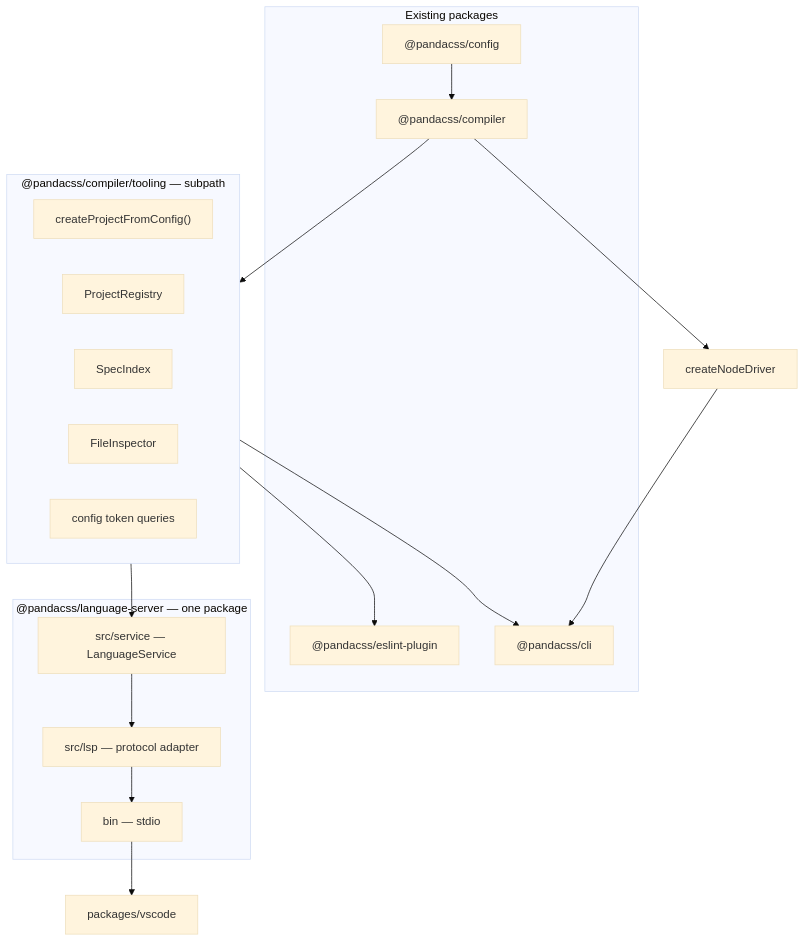
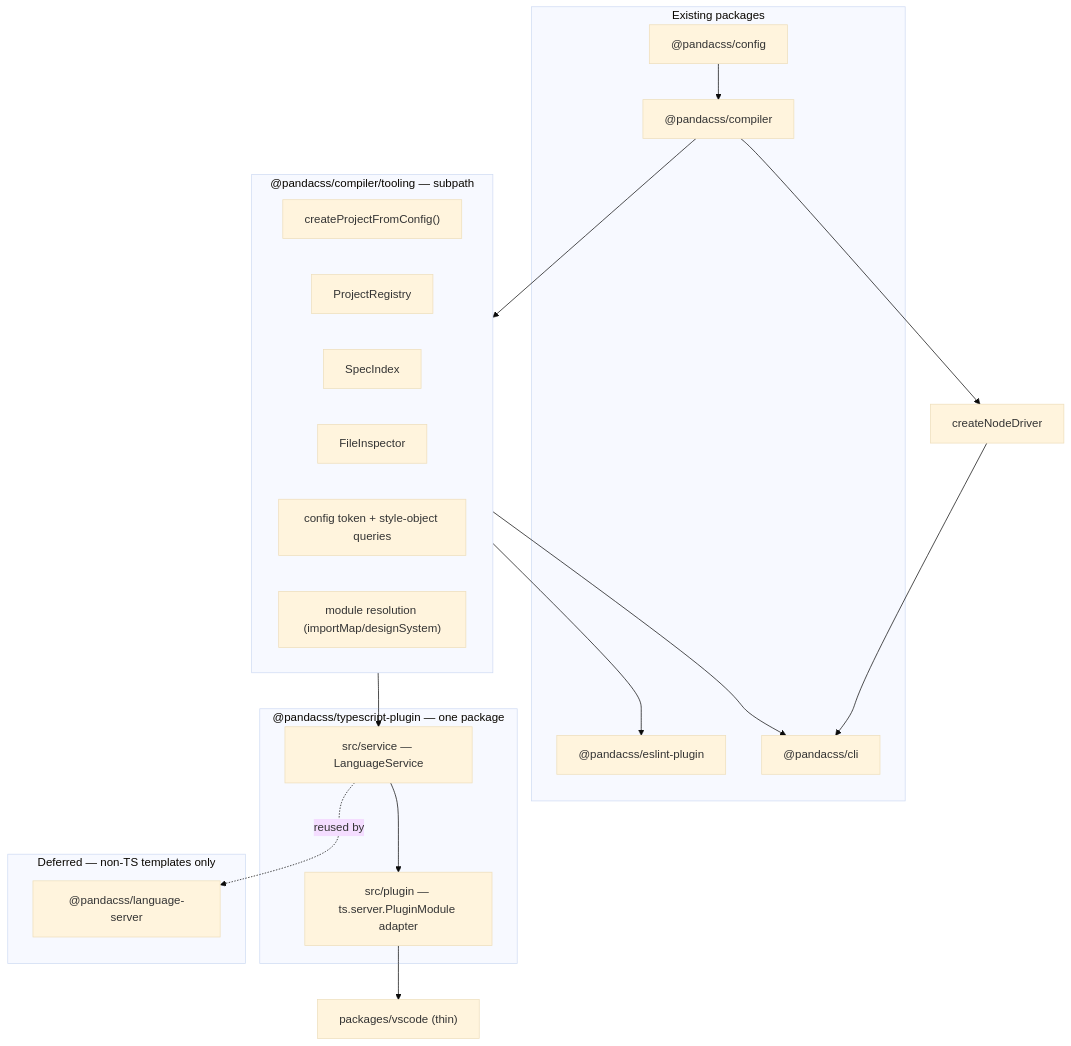
Before and after one commit to chakra-ui/panda: the diagram in design-notes/language-service-implementation.md, drawn with Mermaid (base theme). The commit also changed other lines of this file and 2 other files, not shown here.

First line of the commit message:
docs(design-notes): ship TS plugin before LSP for config authoring

````diff
--- a/design-notes/language-service-implementation.md
+++ b/design-notes/language-service-implementation.md
@@ -57,36 +104,40 @@
 ```mermaid
 flowchart TB
   subgraph existing [Existing packages]
     config["@pandacss/config"]
     compiler["@pandacss/compiler"]
     eslint["@pandacss/eslint-plugin"]
     cli["@pandacss/cli"]
   end
 
   subgraph compiler_tooling ["@pandacss/compiler/tooling — subpath"]
     load["createProjectFromConfig()"]
     registry["ProjectRegistry"]
     spec["SpecIndex"]
     inspect["FileInspector"]
-    cfgq["config token queries"]
+    cfgq["config token + style-object queries"]
+    modres["module resolution (importMap/designSystem)"]
   end
 
-  subgraph lsp_pkg ["@pandacss/language-server — one package"]
+  subgraph ts_plugin ["@pandacss/typescript-plugin — one package"]
     service["src/service — LanguageService"]
-    lsp["src/lsp — protocol adapter"]
-    bin["bin — stdio"]
+    adapter["src/plugin — ts.server.PluginModule adapter"]
   end
 
-  vscode["packages/vscode"]
+  vscode["packages/vscode (thin)"]
 
   config --> compiler
   compiler --> compiler_tooling
   compiler_tooling --> eslint
   compiler_tooling --> service
   compiler_tooling --> cli
-  service --> lsp
-  lsp --> bin
-  bin --> vscode
+  service --> adapter
+  adapter --> vscode
   compiler --> driver["createNodeDriver"]
   driver --> cli
+
+  subgraph deferred ["Deferred — non-TS templates only"]
+    lsp["@pandacss/language-server"]
+  end
+  service -.reused by.-> lsp
 ```
````
